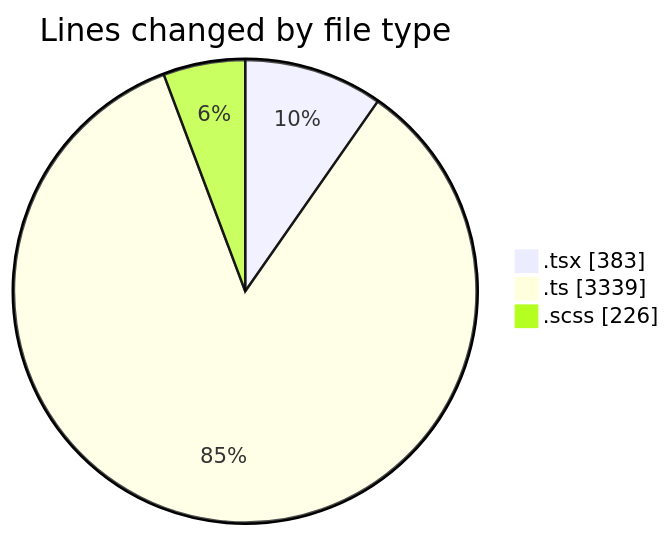
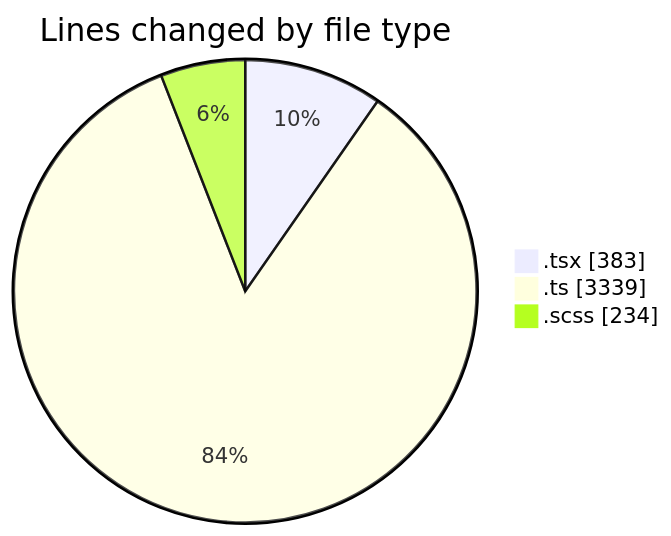
One commit to momahboobian/code-tracking changed the first of 2 diagrams in 2025-09-17/cda/README.md. Above: the diagram before and after it, drawn with Mermaid. The commit also changed other lines of this file and 1 other file, not shown here.

````diff
--- a/2025-09-17/cda/README.md
+++ b/2025-09-17/cda/README.md
@@ -24,7 +24,7 @@
 ```mermaid
 pie showData
 title Lines changed by file type
 ".tsx" : 383
 ".ts" : 3339
-".scss" : 226
+".scss" : 234
 ```
````
